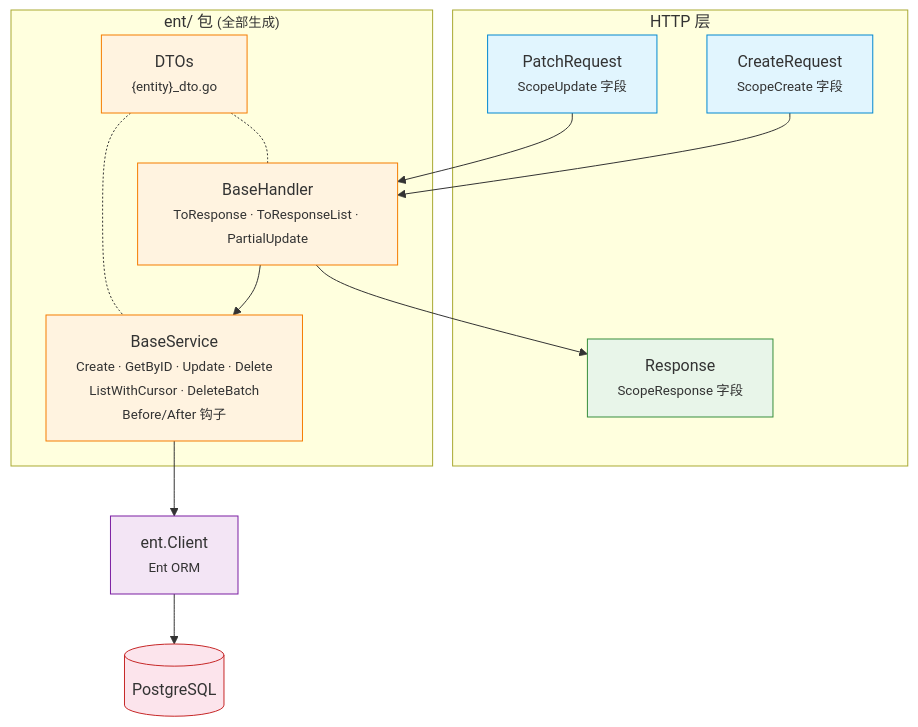
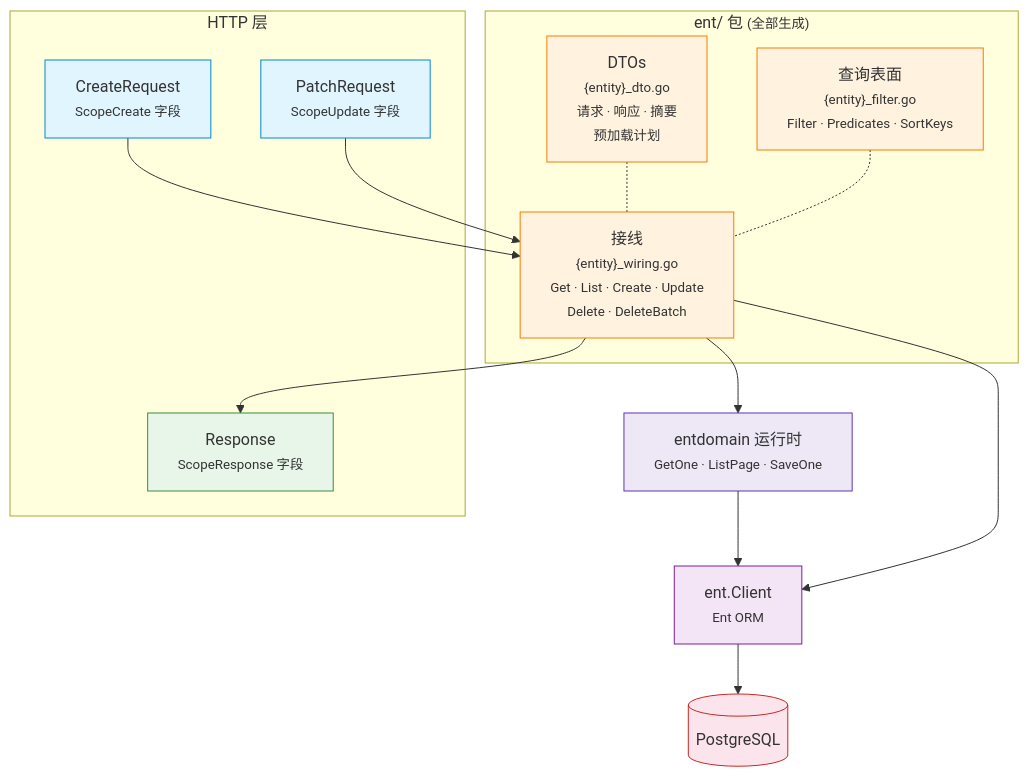
One commit to githonllc/entapi changed the diagram in README_zh.md. Above: the diagram before and after it, drawn with Mermaid. The commit also changed other lines of this file and 123 other files, not shown here.

````diff
--- a/README_zh.md
+++ b/README_zh.md
@@ -394,35 +393,38 @@
 ```mermaid
 graph TD
     subgraph "HTTP 层"
         CR["CreateRequest<br/><small>ScopeCreate 字段</small>"]
         UR["PatchRequest<br/><small>ScopeUpdate 字段</small>"]
         RS["Response<br/><small>ScopeResponse 字段</small>"]
     end
 
     subgraph "ent/ 包 <small>(全部生成)</small>"
-        BH["BaseHandler<br/><small>ToResponse · ToResponseList · PartialUpdate</small>"]
-        BS["BaseService<br/><small>Create · GetByID · Update · Delete<br/>ListWithCursor · DeleteBatch<br/>Before/After 钩子</small>"]
-        DTO["DTOs<br/><small>{entity}_dto.go</small>"]
+        DTO["DTOs<br/><small>{entity}_dto.go<br/>请求 · 响应 · 摘要<br/>预加载计划</small>"]
+        FLT["查询表面<br/><small>{entity}_filter.go<br/>Filter · Predicates · SortKeys</small>"]
+        WIR["接线<br/><small>{entity}_wiring.go<br/>Get · List · Create · Update<br/>Delete · DeleteBatch</small>"]
     end
 
+    RT["entdomain 运行时<br/><small>GetOne · ListPage · SaveOne</small>"]
     EC["ent.Client<br/><small>Ent ORM</small>"]
     DB[("PostgreSQL")]
 
-    CR --> BH
-    UR --> BH
-    BH --> RS
-    BH --> BS
-    BS --> EC
+    CR --> WIR
+    UR --> WIR
+    WIR --> RS
+    DTO -.- WIR
+    FLT -.- WIR
+    WIR --> RT
+    RT --> EC
+    WIR --> EC
     EC --> DB
-    DTO -.- BH
-    DTO -.- BS
 
     style CR fill:#e1f5fe,stroke:#0288d1
     style UR fill:#e1f5fe,stroke:#0288d1
     style RS fill:#e8f5e9,stroke:#388e3c
-    style BH fill:#fff3e0,stroke:#f57c00
-    style BS fill:#fff3e0,stroke:#f57c00
     style DTO fill:#fff3e0,stroke:#f57c00
+    style FLT fill:#fff3e0,stroke:#f57c00
+    style WIR fill:#fff3e0,stroke:#f57c00
+    style RT fill:#ede7f6,stroke:#5e35b1
     style EC fill:#f3e5f5,stroke:#7b1fa2
     style DB fill:#fce4ec,stroke:#c62828
 ```
````
